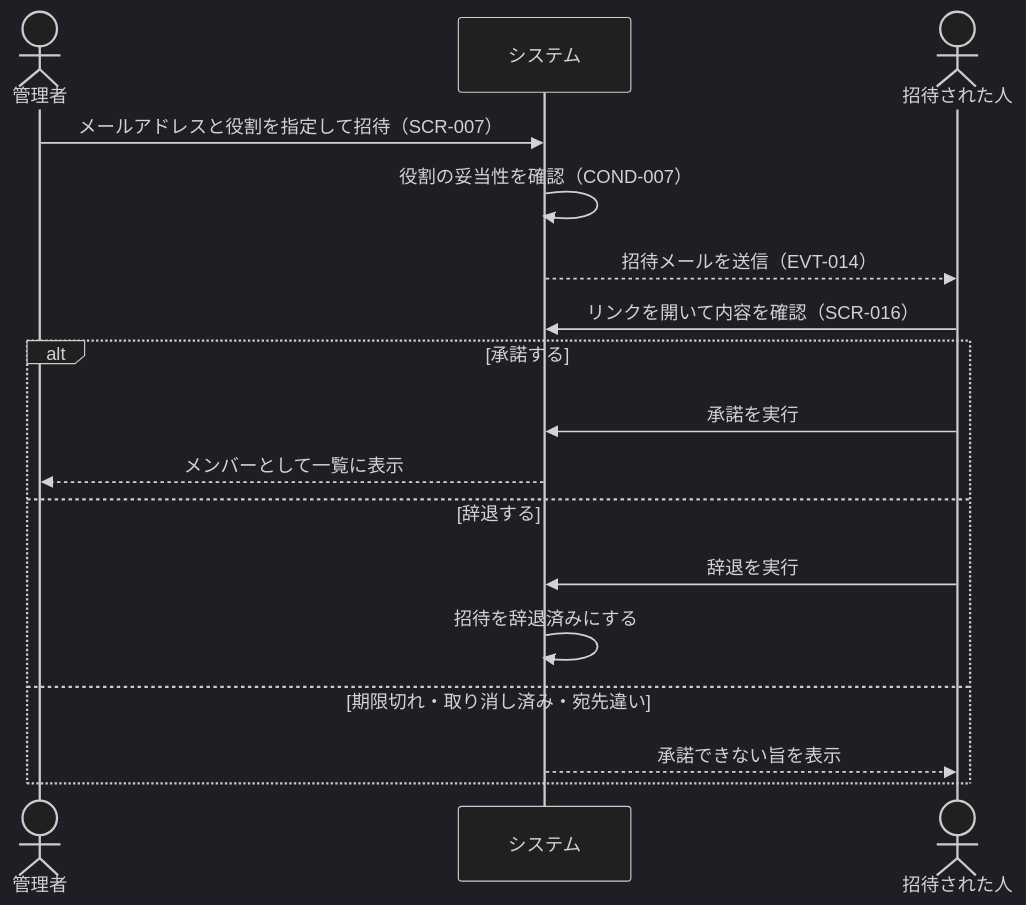
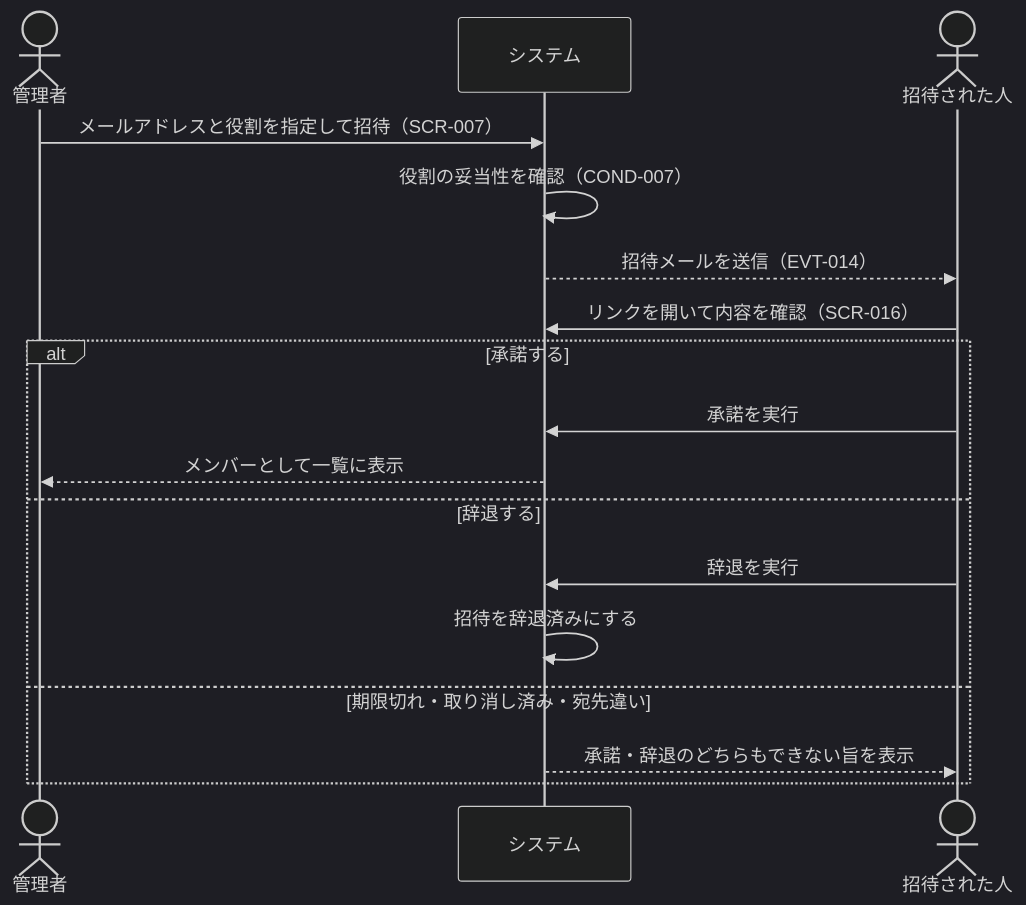
Before and after one commit to gdsc-osaka/iclub-reserve: the third of 3 diagrams in rdra/contexts/group-management.md, drawn with Mermaid (dark theme). The commit also changed 5 other files, not shown here.

````diff
--- a/rdra/contexts/group-management.md
+++ b/rdra/contexts/group-management.md
@@ -231,20 +231,20 @@
 ```mermaid
 sequenceDiagram
     actor 管理者
     participant システム
     actor 招待された人
 
     管理者->>システム: メールアドレスと役割を指定して招待（SCR-007）
     システム->>システム: 役割の妥当性を確認（COND-007）
     システム-->>招待された人: 招待メールを送信（EVT-014）
     招待された人->>システム: リンクを開いて内容を確認（SCR-016）
     alt 承諾する
         招待された人->>システム: 承諾を実行
         システム-->>管理者: メンバーとして一覧に表示
     else 辞退する
         招待された人->>システム: 辞退を実行
         システム->>システム: 招待を辞退済みにする
     else 期限切れ・取り消し済み・宛先違い
-        システム-->>招待された人: 承諾できない旨を表示
+        システム-->>招待された人: 承諾・辞退のどちらもできない旨を表示
     end
 ```
````
